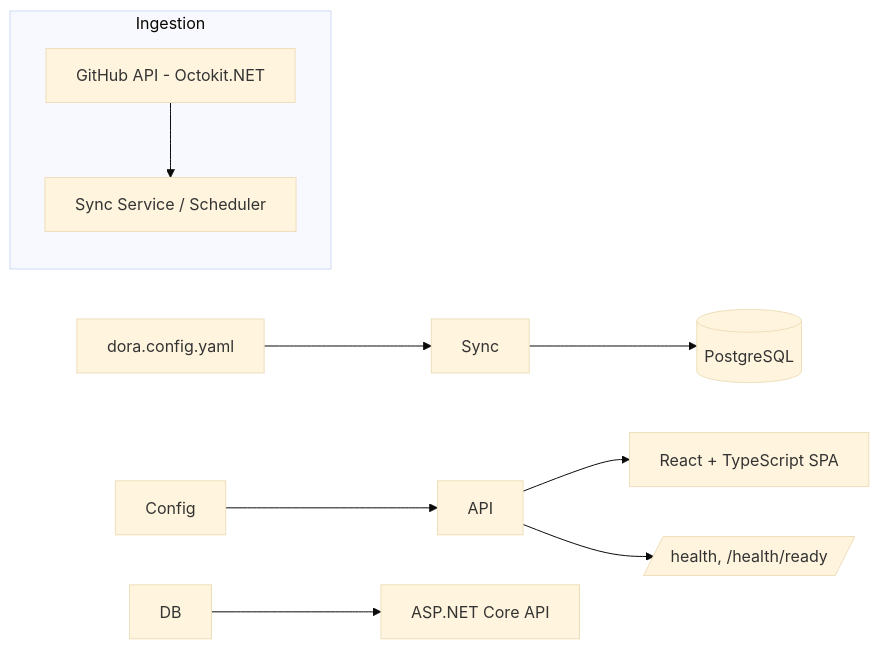
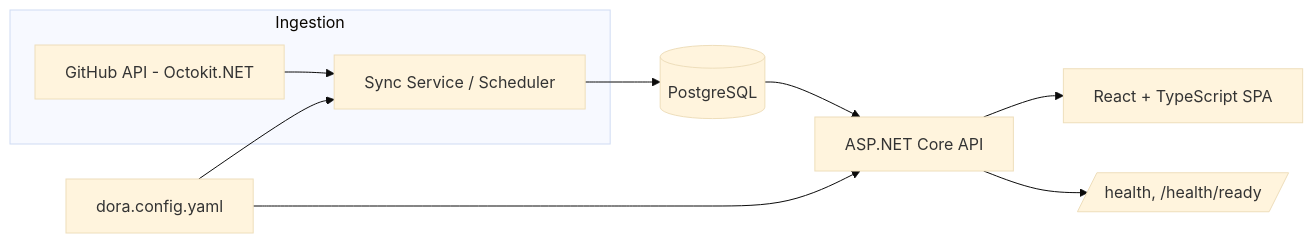
One commit to piyushsngh401/dora-dashboard changed the diagram in README.md. Above: the diagram before and after it, drawn with Mermaid (base theme). The commit also changed other lines of this file and 14 other files, not shown here.

Commit message:
Add per-metric trend charts (bucketed /metrics/series endpoint + Recharts UI)

````diff
--- a/README.md
+++ b/README.md
@@ -19,12 +17,12 @@
 ```mermaid
 flowchart LR
     subgraph Ingestion
-        GH\[GitHub API - Octokit.NET] --> Sync\[Sync Service / Scheduler]
+        GH[GitHub API - Octokit.NET] --> Sync[Sync Service / Scheduler]
     end
-    Sync --> DB\[(PostgreSQL)]
-    Config\[dora.config.yaml] --> Sync
+    Sync --> DB[(PostgreSQL)]
+    Config[dora.config.yaml] --> Sync
     Config --> API
-    DB --> API\[ASP.NET Core API]
-    API --> Web\[React + TypeScript SPA]
-    API --> Health\[/health, /health/ready/]
+    DB --> API[ASP.NET Core API]
+    API --> Web[React + TypeScript SPA]
+    API --> Health[/health, /health/ready/]
 ```
````
